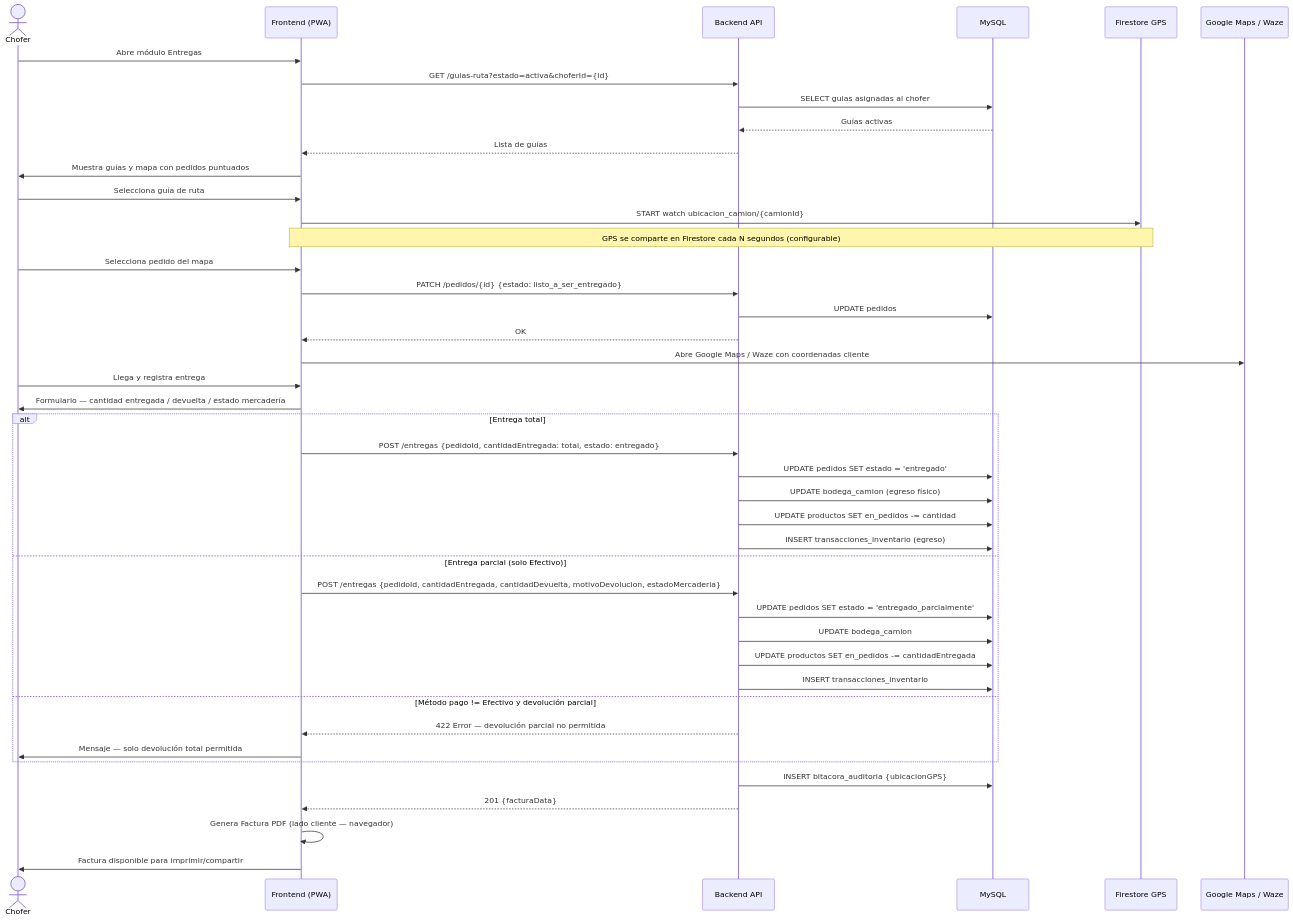
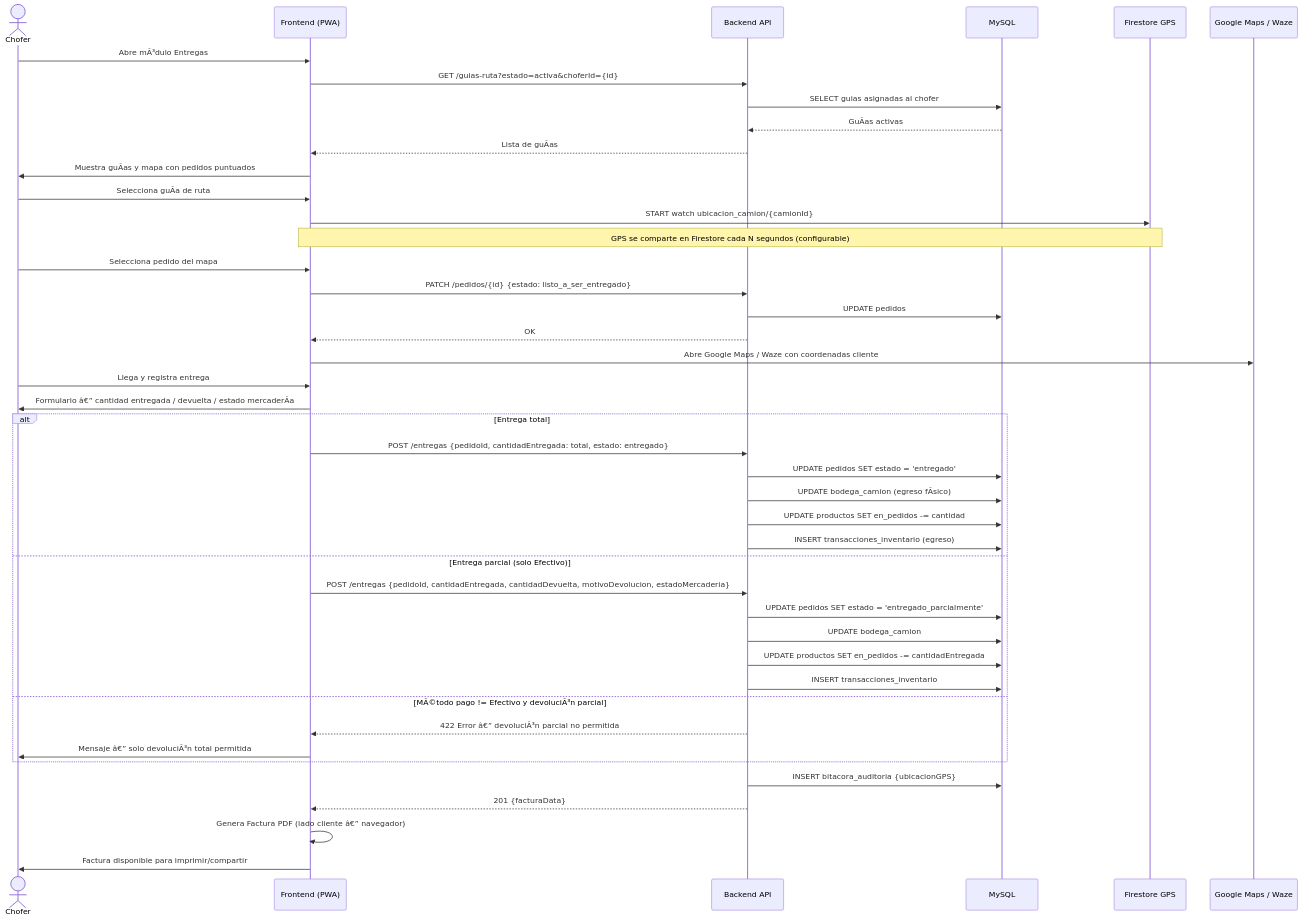
Before and after one commit to UNIPI6TO/PI-ECOMMERCE-FRITOLAY: the fifth of 23 diagrams in docs/especificacion.md, drawn with Mermaid. The commit also changed other lines of this file, not shown here.

````diff
--- a/docs/especificacion.md
+++ b/docs/especificacion.md
@@ -1006,51 +1006,51 @@
 ```mermaid
 sequenceDiagram
     actor Chofer
     participant FE as Frontend (PWA)
     participant API as Backend API
     participant DB as MySQL
     participant FS as Firestore GPS
     participant ExtMap as Google Maps / Waze
 
-    Chofer->>FE: Abre módulo Entregas
+    Chofer->>FE: Abre mÃ³dulo Entregas
     FE->>API: GET /guias-ruta?estado=activa&choferId={id}
     API->>DB: SELECT guias asignadas al chofer
-    DB-->>API: Guías activas
-    API-->>FE: Lista de guías
-    FE->>Chofer: Muestra guías y mapa con pedidos puntuados
+    DB-->>API: GuÃ­as activas
+    API-->>FE: Lista de guÃ­as
+    FE->>Chofer: Muestra guÃ­as y mapa con pedidos puntuados
 
-    Chofer->>FE: Selecciona guía de ruta
+    Chofer->>FE: Selecciona guÃ­a de ruta
     FE->>FS: START watch ubicacion_camion/{camionId}
     Note over FE,FS: GPS se comparte en Firestore cada N segundos (configurable)
 
     Chofer->>FE: Selecciona pedido del mapa
     FE->>API: PATCH /pedidos/{id} {estado: listo_a_ser_entregado}
     API->>DB: UPDATE pedidos
     API-->>FE: OK
     FE->>ExtMap: Abre Google Maps / Waze con coordenadas cliente
 
     Chofer->>FE: Llega y registra entrega
-    FE->>Chofer: Formulario — cantidad entregada / devuelta / estado mercadería
+    FE->>Chofer: Formulario â€” cantidad entregada / devuelta / estado mercaderÃ­a
 
     alt Entrega total
         FE->>API: POST /entregas {pedidoId, cantidadEntregada: total, estado: entregado}
         API->>DB: UPDATE pedidos SET estado = 'entregado'
-        API->>DB: UPDATE bodega_camion (egreso físico)
+        API->>DB: UPDATE bodega_camion (egreso fÃ­sico)
         API->>DB: UPDATE productos SET en_pedidos -= cantidad
         API->>DB: INSERT transacciones_inventario (egreso)
     else Entrega parcial (solo Efectivo)
         FE->>API: POST /entregas {pedidoId, cantidadEntregada, cantidadDevuelta, motivoDevolucion, estadoMercaderia}
         API->>DB: UPDATE pedidos SET estado = 'entregado_parcialmente'
         API->>DB: UPDATE bodega_camion
         API->>DB: UPDATE productos SET en_pedidos -= cantidadEntregada
         API->>DB: INSERT transacciones_inventario
-    else Método pago != Efectivo y devolución parcial
-        API-->>FE: 422 Error — devolución parcial no permitida
-        FE->>Chofer: Mensaje — solo devolución total permitida
+    else MÃ©todo pago != Efectivo y devoluciÃ³n parcial
+        API-->>FE: 422 Error â€” devoluciÃ³n parcial no permitida
+        FE->>Chofer: Mensaje â€” solo devoluciÃ³n total permitida
     end
 
     API->>DB: INSERT bitacora_auditoria {ubicacionGPS}
     API-->>FE: 201 {facturaData}
-    FE->>FE: Genera Factura PDF (lado cliente — navegador)
+    FE->>FE: Genera Factura PDF (lado cliente â€” navegador)
     FE->>Chofer: Factura disponible para imprimir/compartir
 ```
````
